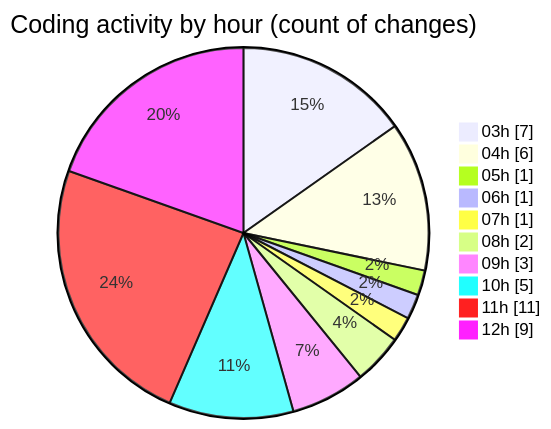
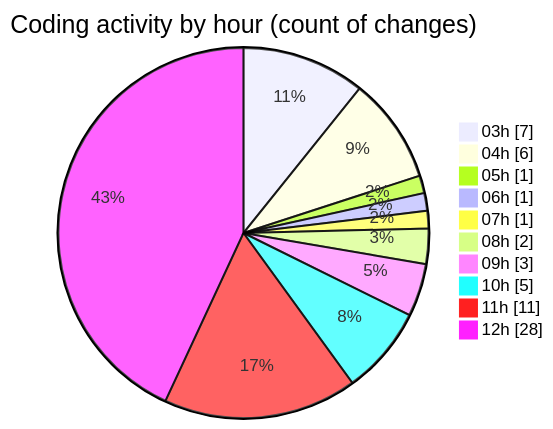
The second of 2 diagrams in 2025-07-02/cursor/README.md (FelipKnott/code-tracking), drawn with Mermaid before and after one commit. The commit also changed other lines of this file and 1 other file, not shown here.

````diff
--- a/2025-07-02/cursor/README.md
+++ b/2025-07-02/cursor/README.md
@@ -31,14 +43,14 @@
 ```mermaid
 pie showData
 title Coding activity by hour (count of changes)
 "03h" : 7
 "04h" : 6
 "05h" : 1
 "06h" : 1
 "07h" : 1
 "08h" : 2
 "09h" : 3
 "10h" : 5
 "11h" : 11
-"12h" : 9
+"12h" : 28
 ```
````
